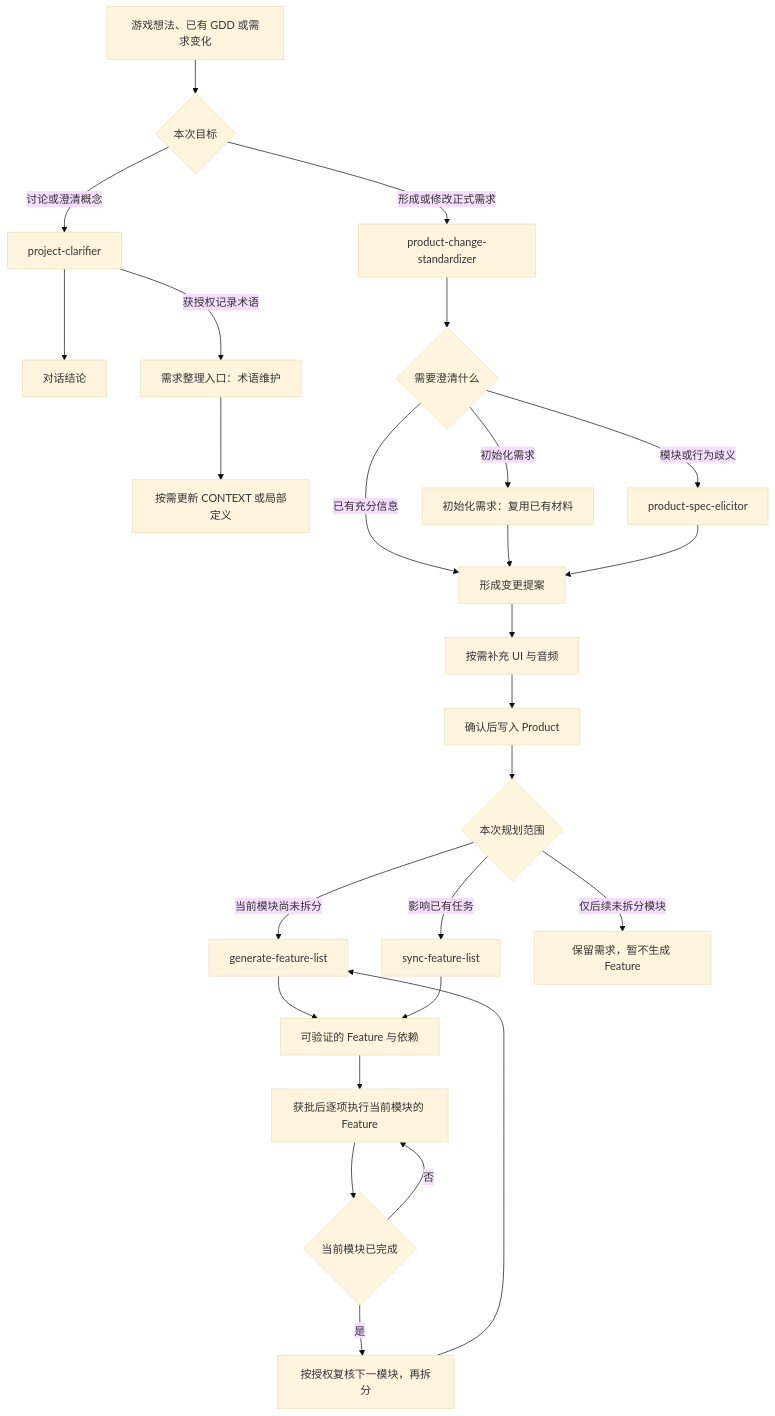
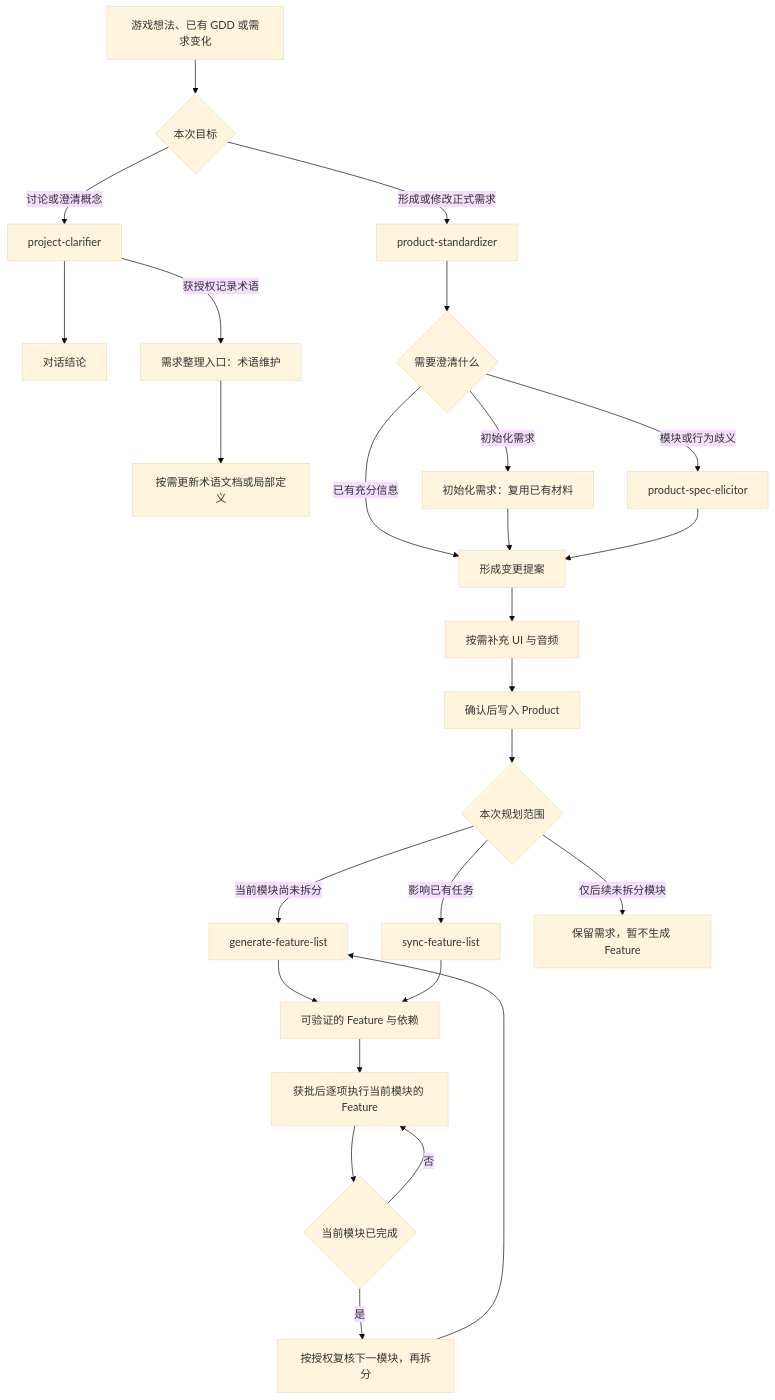
One commit to yxy823/Game_idle_yaya_frame changed the second of 2 diagrams in framework/docs/blank-project/guides/product-and-planning.md. Above: the diagram before and after it, drawn with Mermaid (base theme). The commit also changed other lines of this file and 41 other files, not shown here.

````diff
--- a/framework/docs/blank-project/guides/product-and-planning.md
+++ b/framework/docs/blank-project/guides/product-and-planning.md
@@ -264,28 +266,28 @@
 ```mermaid
 flowchart TD
     A[游戏想法、已有 GDD 或需求变化] --> Q{本次目标}
     Q -->|讨论或澄清概念| R[project-clarifier]
     R --> S[对话结论]
     R -->|获授权记录术语| T[需求整理入口：术语维护]
-    T --> U[按需更新 CONTEXT 或局部定义]
-    Q -->|形成或修改正式需求| B[product-change-standardizer]
+    T --> U[按需更新术语文档或局部定义]
+    Q -->|形成或修改正式需求| B[product-standardizer]
     B --> C{需要澄清什么}
     C -->|初始化需求| D[初始化需求：复用已有材料]
     C -->|模块或行为歧义| E[product-spec-elicitor]
     C -->|已有充分信息| F[形成变更提案]
     D --> F
     E --> F
     F --> G[按需补充 UI 与音频]
     G --> H[确认后写入 Product]
     H --> I{本次规划范围}
     I -->|当前模块尚未拆分| J[generate-feature-list]
     I -->|影响已有任务| K[sync-feature-list]
     I -->|仅后续未拆分模块| N[保留需求，暂不生成 Feature]
     J --> L[可验证的 Feature 与依赖]
     K --> L
     L --> M[获批后逐项执行当前模块的 Feature]
     M --> O{当前模块已完成}
     O -->|否| M
     O -->|是| W[按授权复核下一模块，再拆分]
     W --> J
 ```
````
